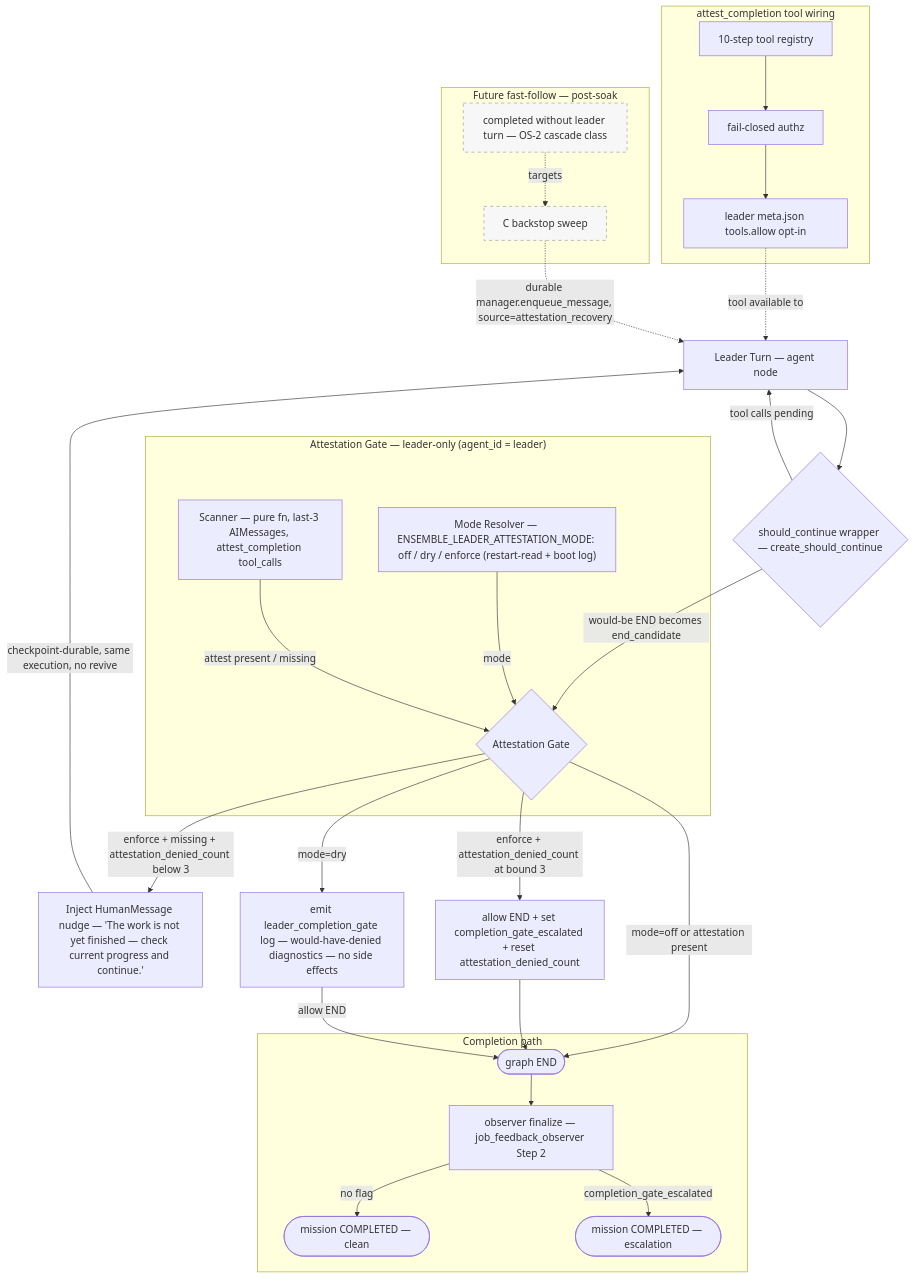
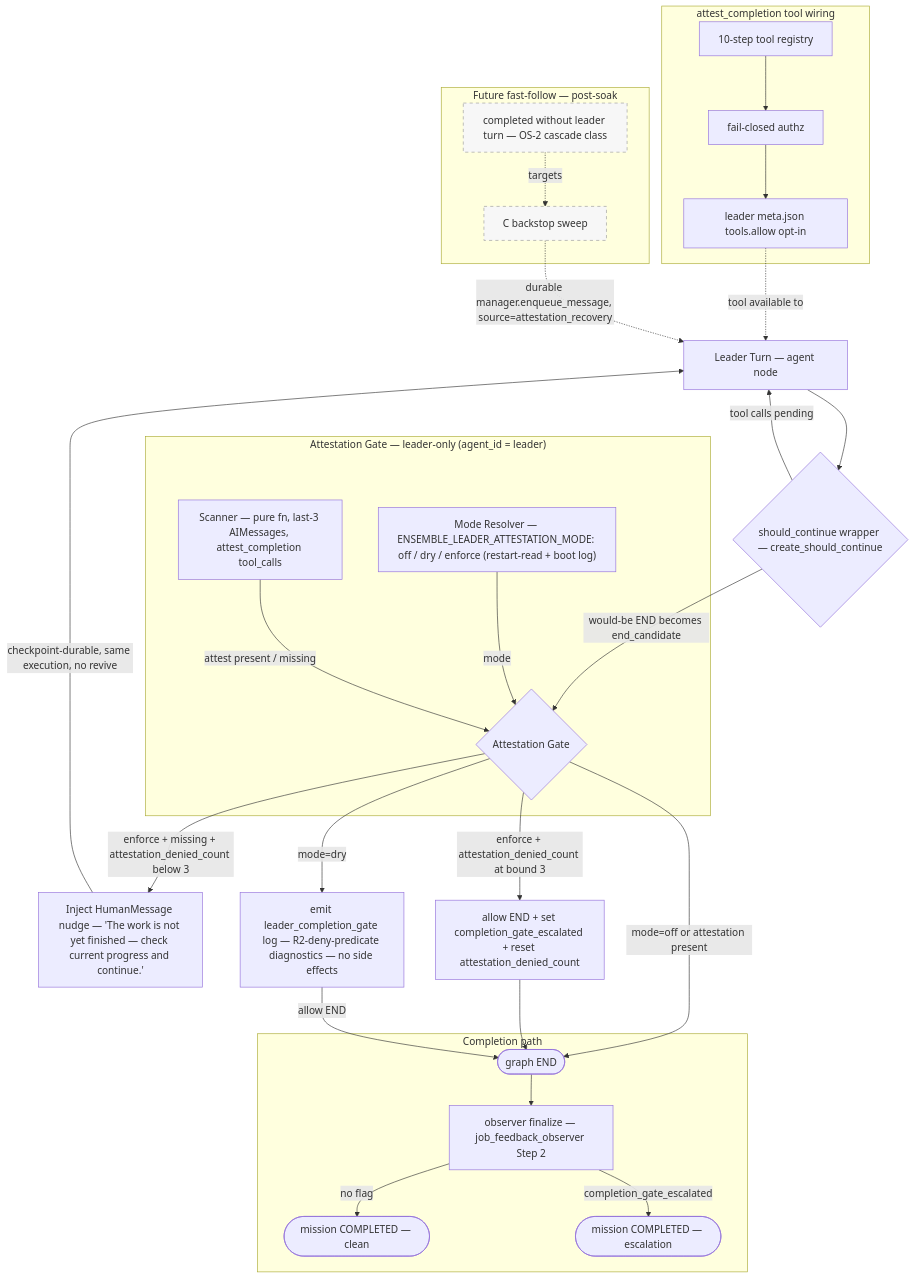
The diagram in .agents/shared/planning/leader-completion-attestation/architecture-recommendation.md (disillusioners/ensemble), drawn with Mermaid before and after one commit. The commit also changed other lines of this file and 38 other files, not shown here.

````diff
--- a/.agents/shared/planning/leader-completion-attestation/architecture-recommendation.md
+++ b/.agents/shared/planning/leader-completion-attestation/architecture-recommendation.md
@@ -76,62 +76,62 @@
 ```mermaid
 flowchart TD
     %% Tool wiring side-channel
     subgraph SGTool["attest_completion tool wiring"]
         ToolReg["10-step tool registry"]
         Authz["fail-closed authz"]
         MetaAllow["leader meta.json tools.allow opt-in"]
         ToolReg --> Authz --> MetaAllow
     end
 
     MetaAllow -.->|"tool available to"| AgentNode
 
     %% Main graph spine
     AgentNode["Leader Turn — agent node"]
     SC{"should_continue wrapper — create_should_continue"}
     AgentNode --> SC
     SC -->|"tool calls pending"| AgentNode
     SC -->|"would-be END becomes end_candidate"| Gate
 
     subgraph SGGate["Attestation Gate — leader-only (agent_id = leader)"]
         Gate{"Attestation Gate"}
         ModeResolver["Mode Resolver — ENSEMBLE_LEADER_ATTESTATION_MODE: off / dry / enforce (restart-read + boot log)"]
         Scanner["Scanner — pure fn, last-3 AIMessages, attest_completion tool_calls"]
         ModeResolver -->|"mode"| Gate
         Scanner -->|"attest present / missing"| Gate
     end
 
     %% Gate outcomes
     Nudge["Inject HumanMessage nudge — 'The work is not yet finished — check current progress and continue.'"]
     EscFlag["allow END + set completion_gate_escalated + reset attestation_denied_count"]
-    DryLog["emit leader_completion_gate log — would-have-denied diagnostics — no side effects"]
+    DryLog["emit leader_completion_gate log — R2-deny-predicate diagnostics — no side effects"]
 
     Gate -->|"mode=off or attestation present"| GraphEnd
     Gate -->|"enforce + missing + attestation_denied_count below 3"| Nudge
     Nudge -->|"checkpoint-durable, same execution, no revive"| AgentNode
     Gate -->|"enforce + attestation_denied_count at bound 3"| EscFlag
     EscFlag --> GraphEnd
     Gate -->|"mode=dry"| DryLog
     DryLog -->|"allow END"| GraphEnd
 
     subgraph SGComplete["Completion path"]
         GraphEnd(["graph END"])
         Observer["observer finalize — job_feedback_observer Step 2"]
         CleanDone(["mission COMPLETED — clean"])
         EscalatedDone(["mission COMPLETED — escalation"])
         GraphEnd --> Observer
         Observer -->|"no flag"| CleanDone
         Observer -->|"completion_gate_escalated"| EscalatedDone
     end
 
     %% Future fast-follow (dashed)
     subgraph SGFuture["Future fast-follow — post-soak"]
         OS2["completed without leader turn — OS-2 cascade class"]
         Backstop["C backstop sweep"]
     end
 
     OS2 -.->|"targets"| Backstop
     Backstop -.->|"durable manager.enqueue_message, source=attestation_recovery"| AgentNode
 
     classDef futureNode fill:#f7f7f7,stroke:#999,stroke-dasharray: 5 5
     class OS2,Backstop futureNode
 ```
````
